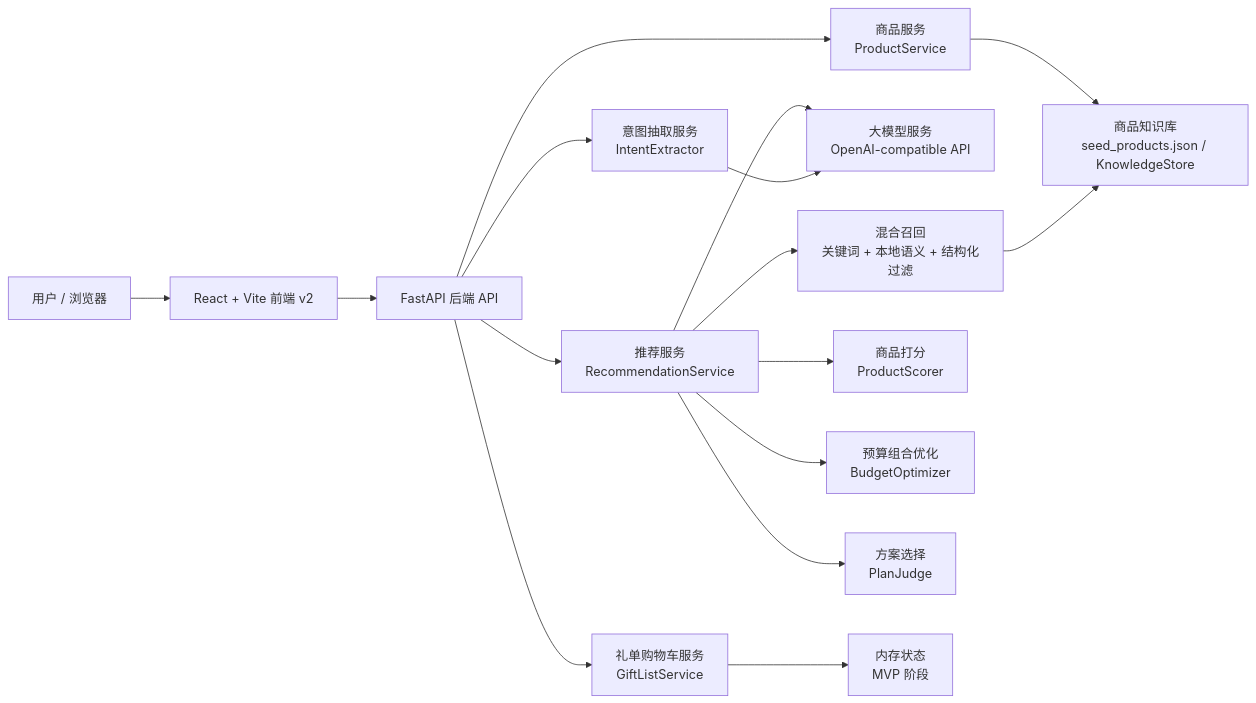
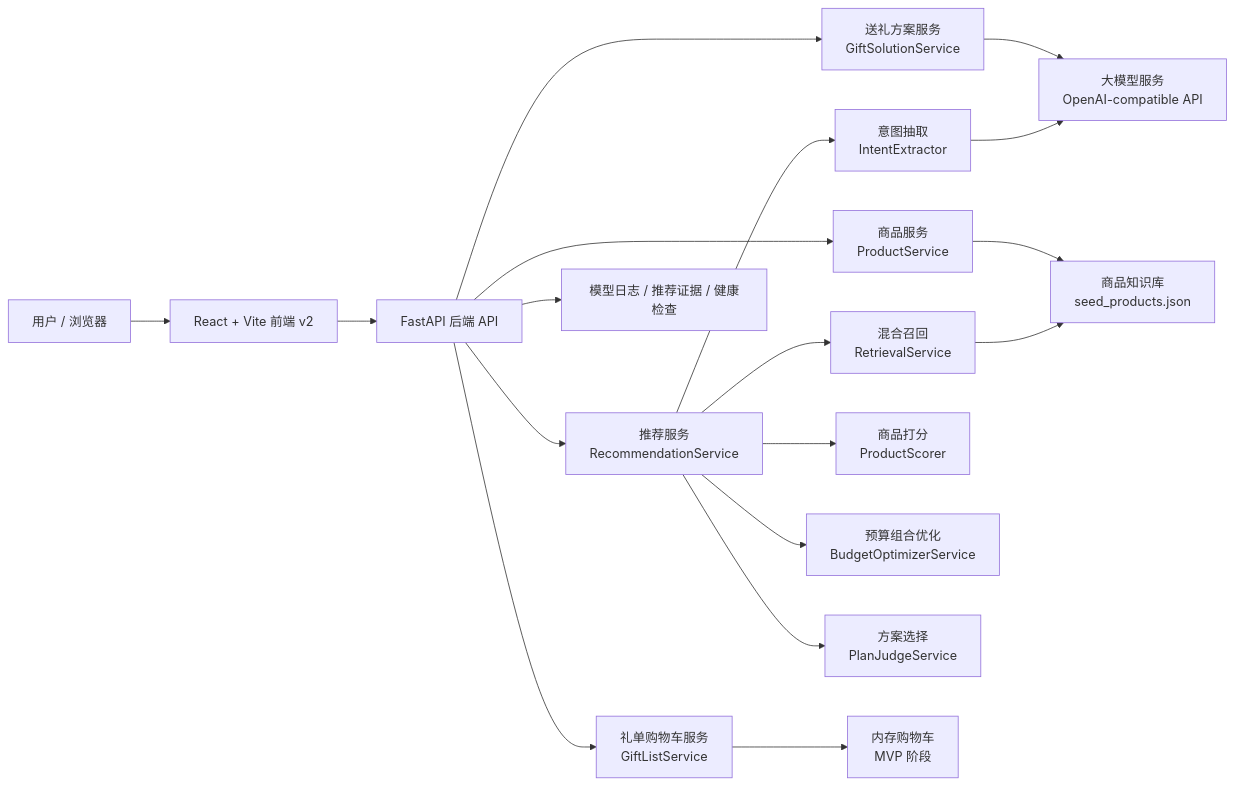
One commit to yangcxc-svg/jingli-ui-demo changed the first of 4 diagrams in docs/technical-solution.md. Above: the diagram before and after it, drawn with Mermaid. The commit also changed other lines of this file and 1 other file, not shown here.

````diff
--- a/docs/technical-solution.md
+++ b/docs/technical-solution.md
@@ -52,21 +63,25 @@
 ```mermaid
 flowchart LR
   User["用户 / 浏览器"] --> FE["React + Vite 前端 v2"]
   FE --> API["FastAPI 后端 API"]
 
-  API --> Intent["意图抽取服务<br/>IntentExtractor"]
+  API --> Product["商品服务<br/>ProductService"]
+  API --> GiftList["礼单购物车服务<br/>GiftListService"]
+  API --> Solution["送礼方案服务<br/>GiftSolutionService"]
   API --> Rec["推荐服务<br/>RecommendationService"]
-  API --> Cart["礼单购物车服务<br/>GiftListService"]
-  API --> Product["商品服务<br/>ProductService"]
+
+  Rec --> Intent["意图抽取<br/>IntentExtractor"]
+  Rec --> Retrieval["混合召回<br/>RetrievalService"]
+  Rec --> Scorer["商品打分<br/>ProductScorer"]
+  Rec --> Optimizer["预算组合优化<br/>BudgetOptimizerService"]
+  Rec --> Judge["方案选择<br/>PlanJudgeService"]
 
   Intent --> LLM["大模型服务<br/>OpenAI-compatible API"]
-  Rec --> Retrieval["混合召回<br/>关键词 + 本地语义 + 结构化过滤"]
-  Rec --> Scorer["商品打分<br/>ProductScorer"]
-  Rec --> Optimizer["预算组合优化<br/>BudgetOptimizer"]
-  Rec --> Judge["方案选择<br/>PlanJudge"]
-  Rec --> LLM
+  Solution --> LLM
 
-  Retrieval --> Knowledge["商品知识库<br/>seed_products.json / KnowledgeStore"]
+  Retrieval --> Knowledge["商品知识库<br/>seed_products.json"]
   Product --> Knowledge
-  Cart --> Memory["内存状态<br/>MVP 阶段"]
+  GiftList --> Memory["内存购物车<br/>MVP 阶段"]
+
+  API --> Logs["模型日志 / 推荐证据 / 健康检查"]
 ```
````
